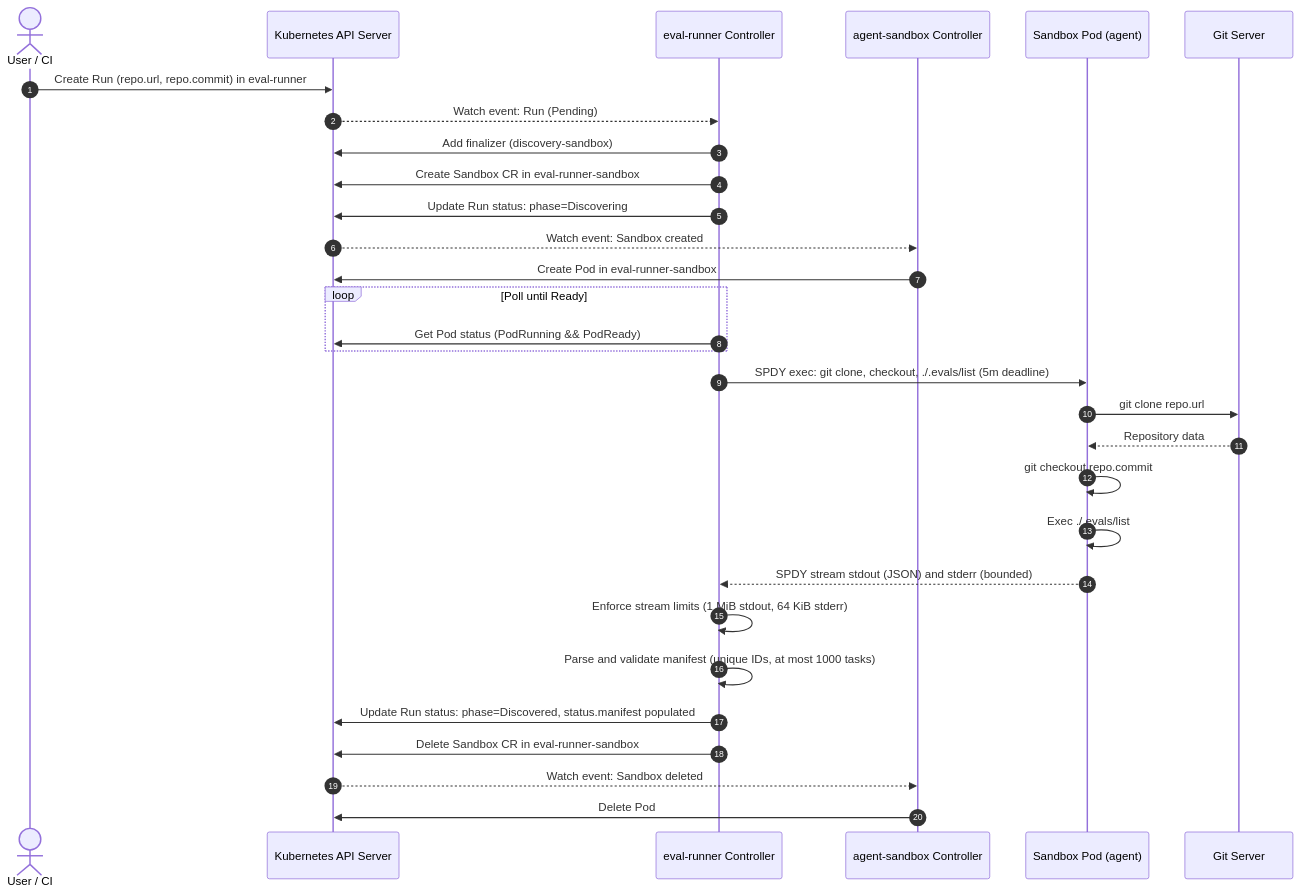
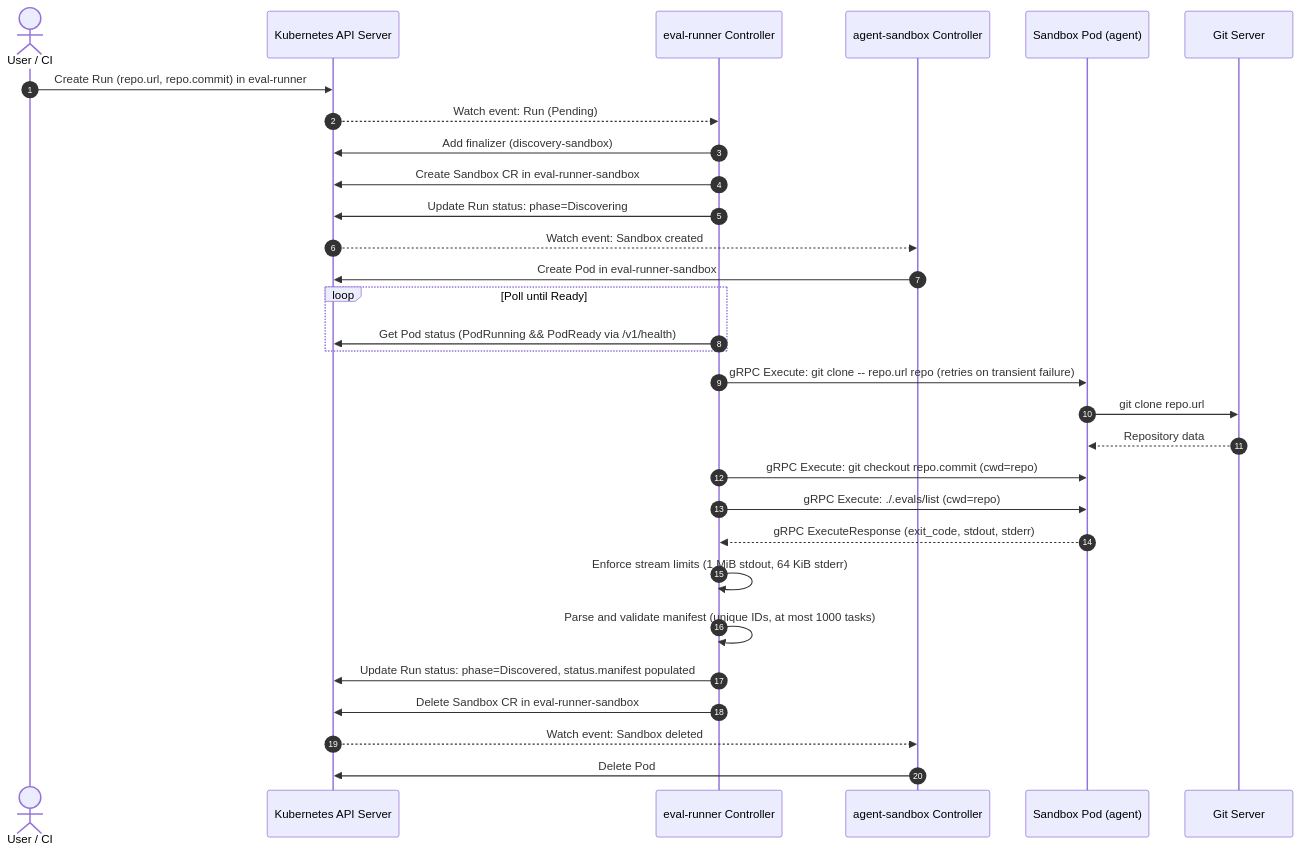
One commit to codebot-robot/eval-runner changed the diagram in docs/architecture.md. Above: the diagram before and after it, drawn with Mermaid. The commit also changed other lines of this file and 1 other file, not shown here.

````diff
--- a/docs/architecture.md
+++ b/docs/architecture.md
@@ -181,33 +193,33 @@
 ```mermaid
 sequenceDiagram
     autonumber
     actor User as User / CI
     participant API as Kubernetes API Server
     participant Ctrl as eval-runner Controller
     participant SB as agent-sandbox Controller
     participant Pod as Sandbox Pod (agent)
     participant Git as Git Server
 
     User->>API: Create Run (repo.url, repo.commit) in eval-runner
     API-->>Ctrl: Watch event: Run (Pending)
     Ctrl->>API: Add finalizer (discovery-sandbox)
     Ctrl->>API: Create Sandbox CR in eval-runner-sandbox
     Ctrl->>API: Update Run status: phase=Discovering
     API-->>SB: Watch event: Sandbox created
     SB->>API: Create Pod in eval-runner-sandbox
     loop Poll until Ready
-        Ctrl->>API: Get Pod status (PodRunning && PodReady)
+        Ctrl->>API: Get Pod status (PodRunning && PodReady via /v1/health)
     end
-    Ctrl->>Pod: SPDY exec: git clone, checkout, ./.evals/list (5m deadline)
+    Ctrl->>Pod: gRPC Execute: git clone -- repo.url repo (retries on transient failure)
     Pod->>Git: git clone repo.url
     Git-->>Pod: Repository data
-    Pod->>Pod: git checkout repo.commit
-    Pod->>Pod: Exec ./.evals/list
-    Pod-->>Ctrl: SPDY stream stdout (JSON) and stderr (bounded)
+    Ctrl->>Pod: gRPC Execute: git checkout repo.commit (cwd=repo)
+    Ctrl->>Pod: gRPC Execute: ./.evals/list (cwd=repo)
+    Pod-->>Ctrl: gRPC ExecuteResponse (exit_code, stdout, stderr)
     Ctrl->>Ctrl: Enforce stream limits (1 MiB stdout, 64 KiB stderr)
     Ctrl->>Ctrl: Parse and validate manifest (unique IDs, at most 1000 tasks)
     Ctrl->>API: Update Run status: phase=Discovered, status.manifest populated
     Ctrl->>API: Delete Sandbox CR in eval-runner-sandbox
     API-->>SB: Watch event: Sandbox deleted
     SB->>API: Delete Pod
 ```
````
